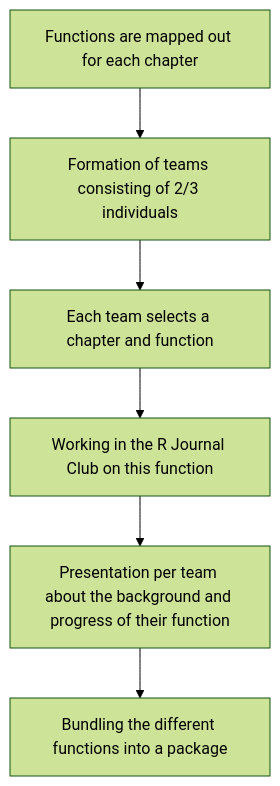
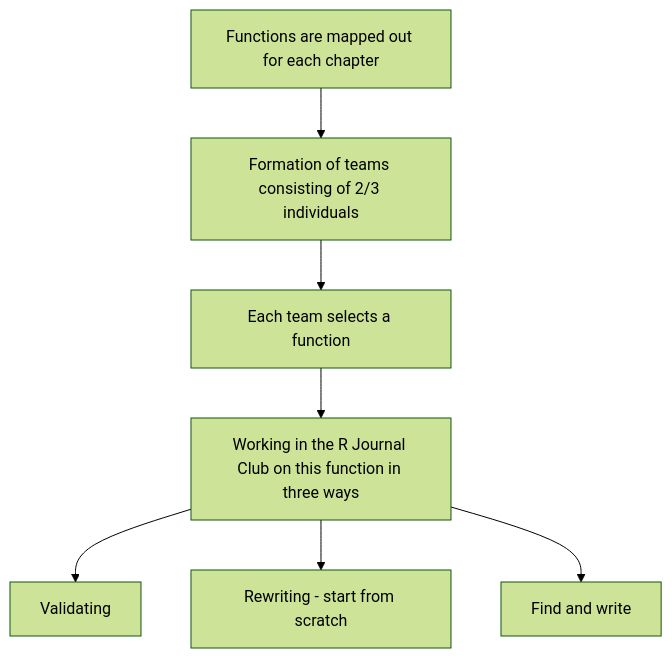
Before and after one commit to stijnbpeeters/Presentation-package-kostenhandleiding: the diagram in Presentation package kostenhandleiding.qmd, drawn with Mermaid (forest theme). The commit also changed other lines of this file and 15 other files, not shown here.

````diff
--- a/Presentation package kostenhandleiding.qmd
+++ b/Presentation package kostenhandleiding.qmd
@@ -126,10 +125,10 @@
 ```{mermaid}
 %%| fig-height: 1000
 flowchart TD
   A[Functions are mapped out for each chapter] --> B[Formation of teams consisting of 2/3 individuals]
-B --> C[Each team selects a chapter and function]
-C --> D[Working in the R Journal Club on this function]
-D --> E[Presentation per team about the background and progress of their function]
-E --> F[Bundling the different functions into a package]
-
+B --> C[Each team selects a function]
+C --> D[Working in the R Journal Club on this function in three ways]
+D --> E[Validating]
+D --> F[Rewriting - start from scratch]
+D --> G[Find and write]
 ```
````
